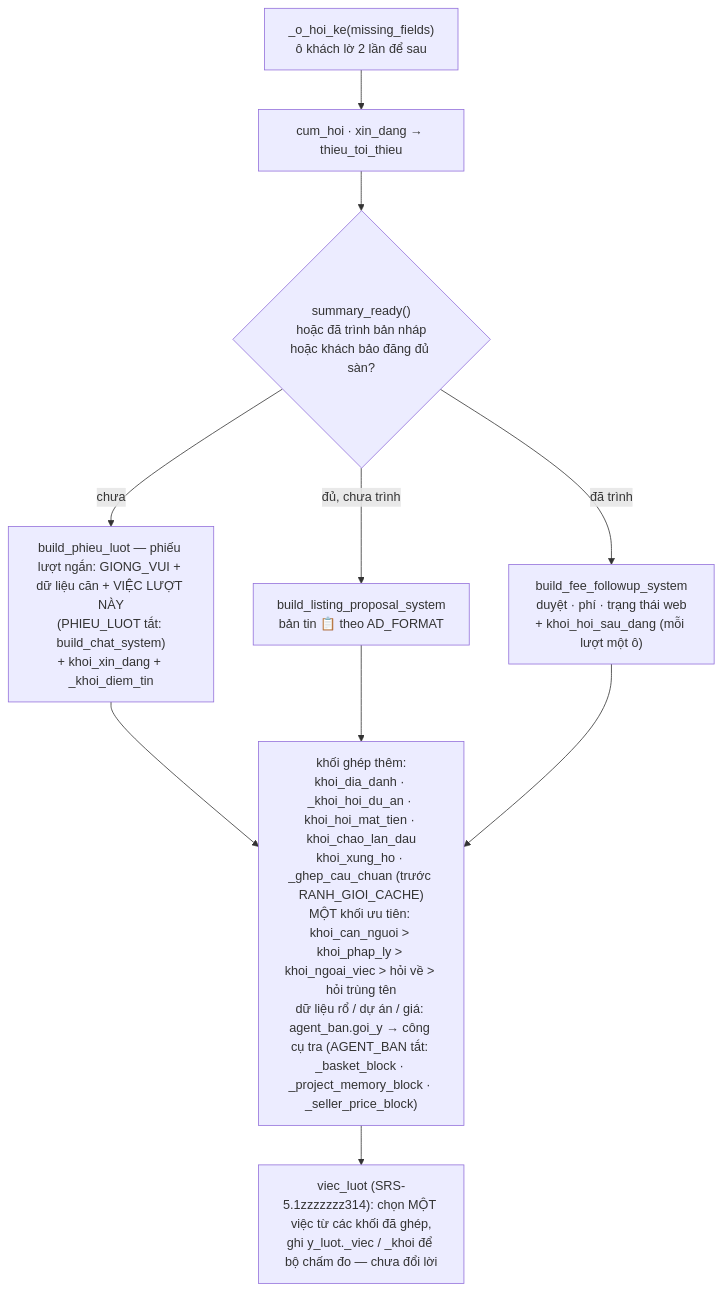
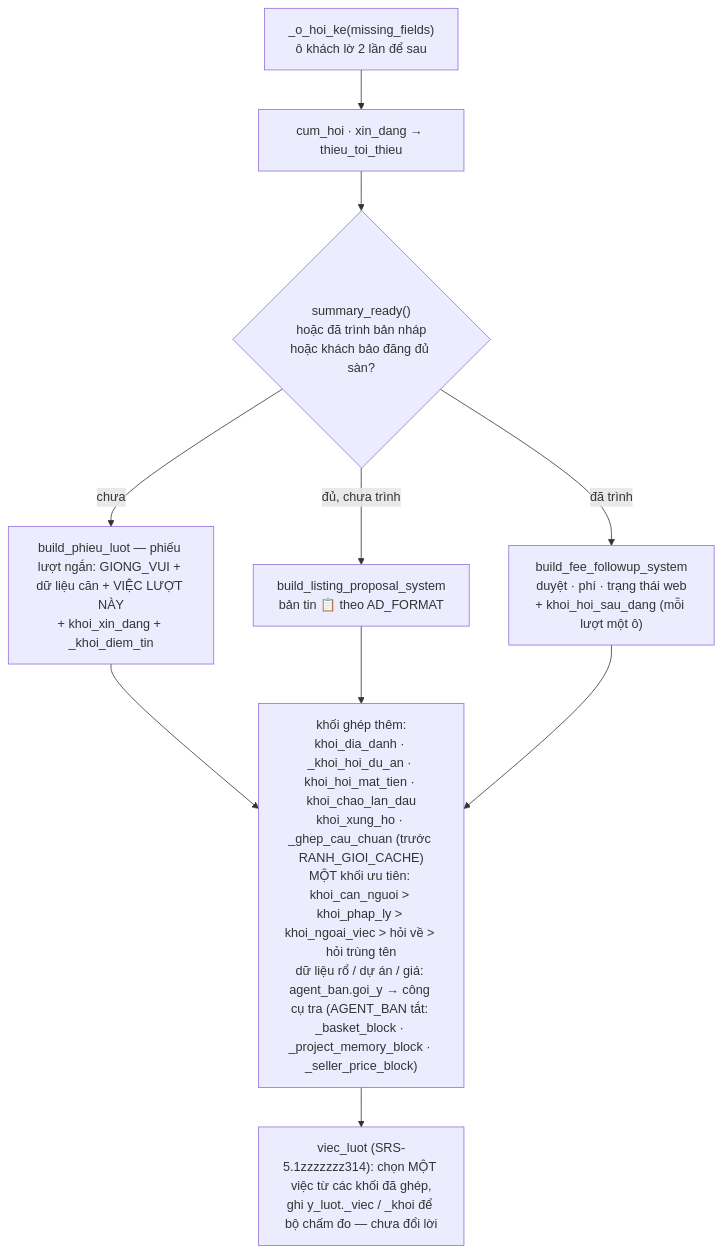
Before and after one commit to quang507/AOND: the third of 4 diagrams in docs/13-so-do-nhan-va-boc-tach.md, drawn with Mermaid. The commit also changed other lines of this file and 3 other files, not shown here.

````diff
--- a/docs/13-so-do-nhan-va-boc-tach.md
+++ b/docs/13-so-do-nhan-va-boc-tach.md
@@ -82,10 +82,10 @@
 ```mermaid
 flowchart TD
   S0["_o_hoi_ke(missing_fields)<br/>ô khách lờ 2 lần để sau"] --> S1["cum_hoi · xin_dang → thieu_toi_thieu"]
   S1 --> S2{"summary_ready()<br/>hoặc đã trình bản nháp<br/>hoặc khách bảo đăng đủ sàn?"}
-  S2 -->|chưa| C1["build_phieu_luot — phiếu lượt ngắn: GIONG_VUI + dữ liệu căn + VIỆC LƯỢT NÀY<br/>(PHIEU_LUOT tắt: build_chat_system)<br/>+ khoi_xin_dang + _khoi_diem_tin"]
+  S2 -->|chưa| C1["build_phieu_luot — phiếu lượt ngắn: GIONG_VUI + dữ liệu căn + VIỆC LƯỢT NÀY<br/>+ khoi_xin_dang + _khoi_diem_tin"]
   S2 -->|"đủ, chưa trình"| C2["build_listing_proposal_system<br/>bản tin 📋 theo AD_FORMAT"]
   S2 -->|"đã trình"| C3["build_fee_followup_system<br/>duyệt · phí · trạng thái web<br/>+ khoi_hoi_sau_dang (mỗi lượt một ô)"]
   C1 & C2 & C3 --> K["khối ghép thêm:<br/>khoi_dia_danh · _khoi_hoi_du_an · khoi_hoi_mat_tien · khoi_chao_lan_dau<br/>khoi_xung_ho · _ghep_cau_chuan (trước RANH_GIOI_CACHE)<br/>MỘT khối ưu tiên: khoi_can_nguoi > khoi_phap_ly > khoi_ngoai_viec > hỏi về > hỏi trùng tên<br/>dữ liệu rổ / dự án / giá: agent_ban.goi_y → công cụ tra (AGENT_BAN tắt: _basket_block · _project_memory_block · _seller_price_block)"]
   K --> V["viec_luot (SRS-5.1zzzzzzz314): chọn MỘT việc từ các khối đã ghép,<br/>ghi y_luot._viec / _khoi để bộ chấm đo — chưa đổi lời"]
 ```
````
